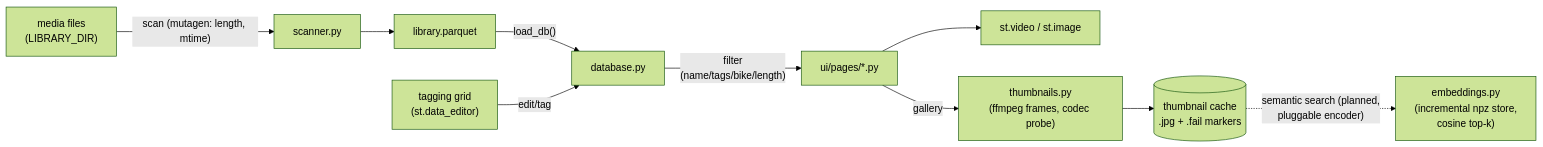
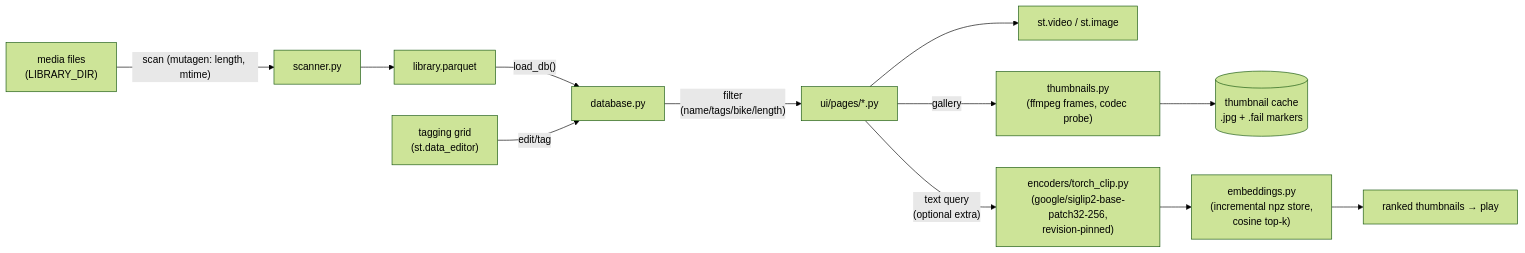
Before and after one commit to panjacek/library_of_mess: the diagram in docs/architecture.md, drawn with Mermaid (forest theme). The commit also changed 30 other files, not shown here.

First line of the commit message:
feat(search): semantic search with SigLIP2 embeddings

````diff
--- a/docs/architecture.md
+++ b/docs/architecture.md
@@ -9,12 +9,14 @@
 ```mermaid
 flowchart LR
     media["media files<br/>(LIBRARY_DIR)"] -- "scan (mutagen: length, mtime)" --> scanner["scanner.py"]
     scanner --> parquet["library.parquet"]
     parquet -- "load_db()" --> database["database.py"]
     editor["tagging grid<br/>(st.data_editor)"] -- "edit/tag" --> database
     database -- "filter<br/>(name/tags/bike/length)" --> pages["ui/pages/*.py"]
     pages --> render["st.video / st.image"]
     pages -- "gallery" --> thumbs["thumbnails.py<br/>(ffmpeg frames, codec probe)"]
     thumbs --> cache[("thumbnail cache<br/>.jpg + .fail markers")]
-    cache -. "semantic search (planned,<br/>pluggable encoder)" .-> embeddings["embeddings.py<br/>(incremental npz store,<br/>cosine top-k)"]
+    pages -- "text query<br/>(optional extra)" --> encoders["encoders/torch_clip.py<br/>(google/siglip2-base-patch32-256,<br/>revision-pinned)"]
+    encoders --> embeddings["embeddings.py<br/>(incremental npz store,<br/>cosine top-k)"]
+    embeddings --> hits["ranked thumbnails → play"]
 ```
````
